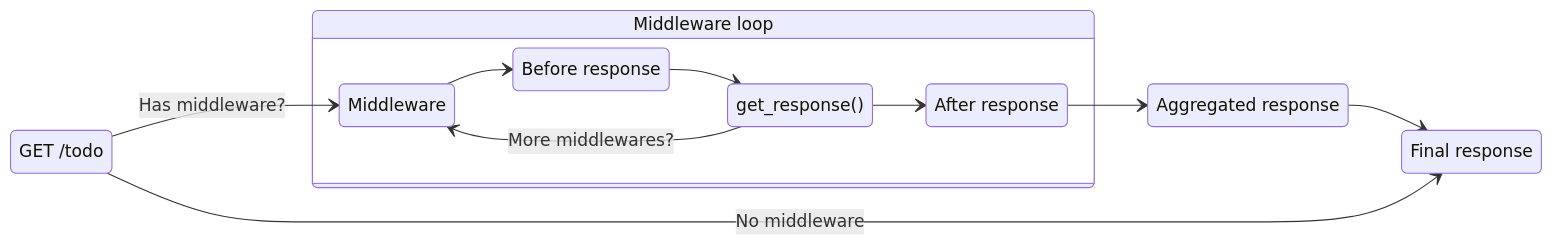
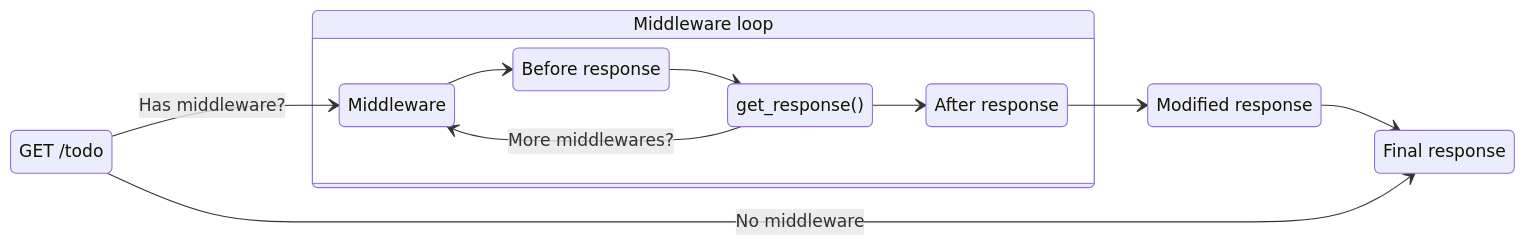
One commit to aws-powertools/powertools-lambda-python changed the diagram in docs/core/event_handler/api_gateway.md. Above: the diagram before and after it, drawn with Mermaid. The commit also changed other lines of this file and 1 other file, not shown here.

Commit message:
docs: use correlation id as first middleware

````diff
--- a/docs/core/event_handler/api_gateway.md
+++ b/docs/core/event_handler/api_gateway.md
@@ -367,24 +367,24 @@
 ```mermaid
 stateDiagram
     direction LR
 
     EventHandler: GET /todo
     Before: Before response
     Next: get_response()
     MiddlewareLoop: Middleware loop
     AfterResponse: After response
-    MiddlewareFinished: Aggregated response
+    MiddlewareFinished: Modified response
     Response: Final response
 
     EventHandler --> Middleware: Has middleware?
     state MiddlewareLoop {
         direction LR
         Middleware --> Before
         Before --> Next
         Next --> Middleware: More middlewares?
         Next --> AfterResponse
     }
     AfterResponse --> MiddlewareFinished
     MiddlewareFinished --> Response
     EventHandler --> Response: No middleware
 ```
````
